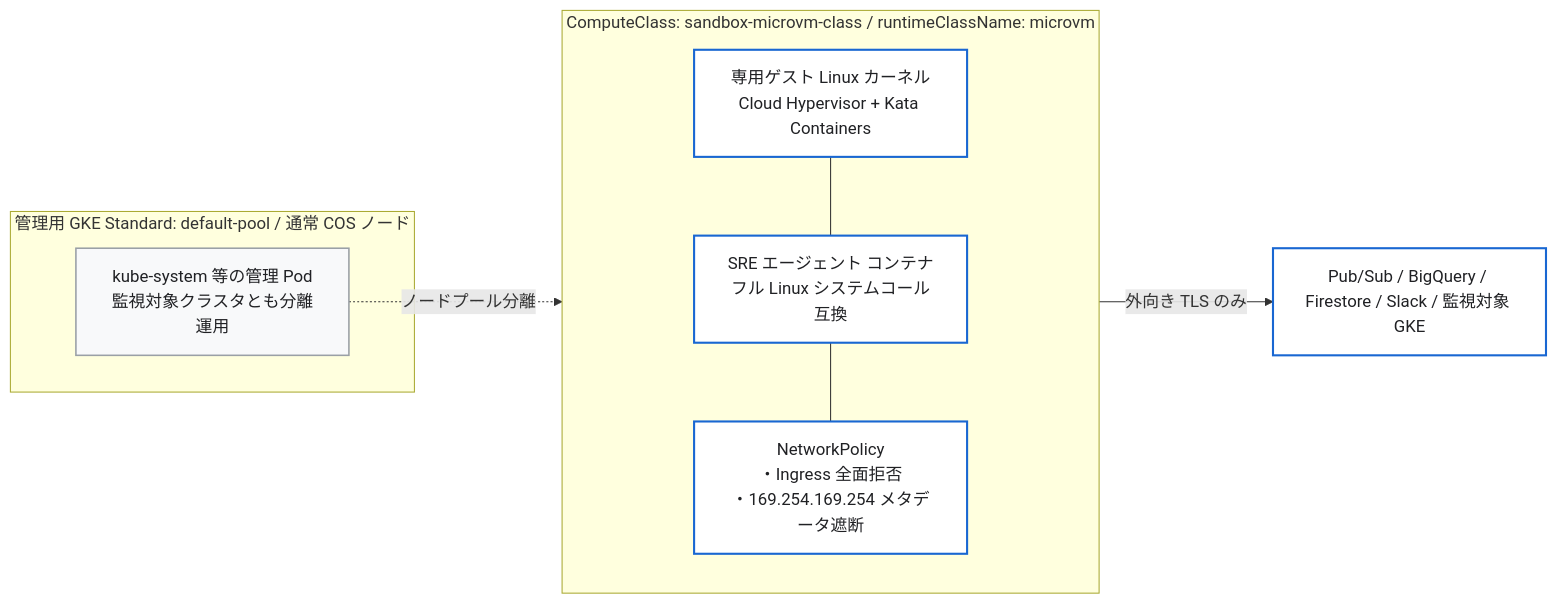
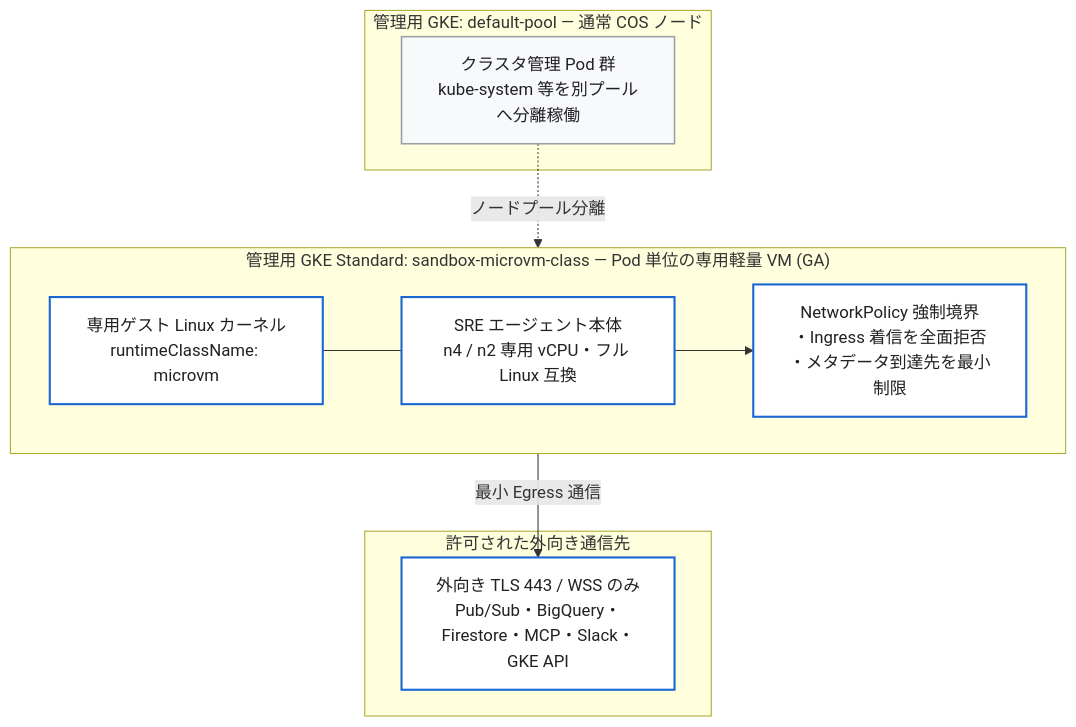
Before and after one commit to tyorikan/agentic-sre-handson: the first of 2 diagrams in docs/06-optional-hardening-and-cleanup.md, drawn with Mermaid. The commit also changed other lines of this file and 12 other files, not shown here.

Commit message:
docs: improve readability of 8 wide architecture diagrams with 2D Bento grids

````diff
--- a/docs/06-optional-hardening-and-cleanup.md
+++ b/docs/06-optional-hardening-and-cleanup.md
@@ -17,22 +17,26 @@
 ```mermaid
-flowchart LR
-    subgraph SysPool["管理用 GKE Standard: default-pool / 通常 COS ノード"]
-        KubeSys["kube-system 等の管理 Pod<br/>監視対象クラスタとも分離運用"]
+flowchart TD
+    subgraph PodVM["管理用 GKE Standard: sandbox-microvm-class — Pod 単位の専用軽量 VM (GA)"]
+        direction LR
+        GuestKernel["専用ゲスト Linux カーネル<br/>runtimeClassName: microvm"]
+        AgentProc["SRE エージェント本体<br/>n4 / n2 専用 vCPU・フル Linux 互換"]
+        NetPol["NetworkPolicy 強制境界<br/>・Ingress 着信を全面拒否<br/>・メタデータ到達先を最小制限"]
+        GuestKernel --- AgentProc --> NetPol
     end
 
-    subgraph PodVM["ComputeClass: sandbox-microvm-class / runtimeClassName: microvm"]
-        direction TB
-        GuestKernel["専用ゲスト Linux カーネル<br/>Cloud Hypervisor + Kata Containers"]
-        AgentProc["SRE エージェント コンテナ<br/>フル Linux システムコール互換"]
-        NetPol["NetworkPolicy<br/>・Ingress 全面拒否<br/>・169.254.169.254 メタデータ遮断"]
-        GuestKernel --- AgentProc --- NetPol
+    subgraph SysPool["管理用 GKE: default-pool — 通常 COS ノード"]
+        KubeSys["クラスタ管理 Pod 群<br/>kube-system 等を別プールへ分離稼働"]
+    end
+
+    subgraph EgPool["許可された外向き通信先"]
+        External["外向き TLS 443 / WSS のみ<br/>Pub/Sub・BigQuery・Firestore・MCP・Slack・GKE API"]
     end
 
     KubeSys -.->|"ノードプール分離"| AgentProc
-    AgentProc -->|"外向き TLS のみ"| External["Pub/Sub / BigQuery / Firestore / Slack / 監視対象 GKE"]
+    NetPol -->|"最小 Egress 通信"| External
 
     classDef sys fill:#f8f9fa,stroke:#9aa0a6,stroke-width:1.5px,color:#202124;
     classDef vm fill:#ffffff,stroke:#1967d2,stroke-width:2px,color:#202124;
     class KubeSys sys;
     class GuestKernel,AgentProc,NetPol,External vm;
 ```
````
